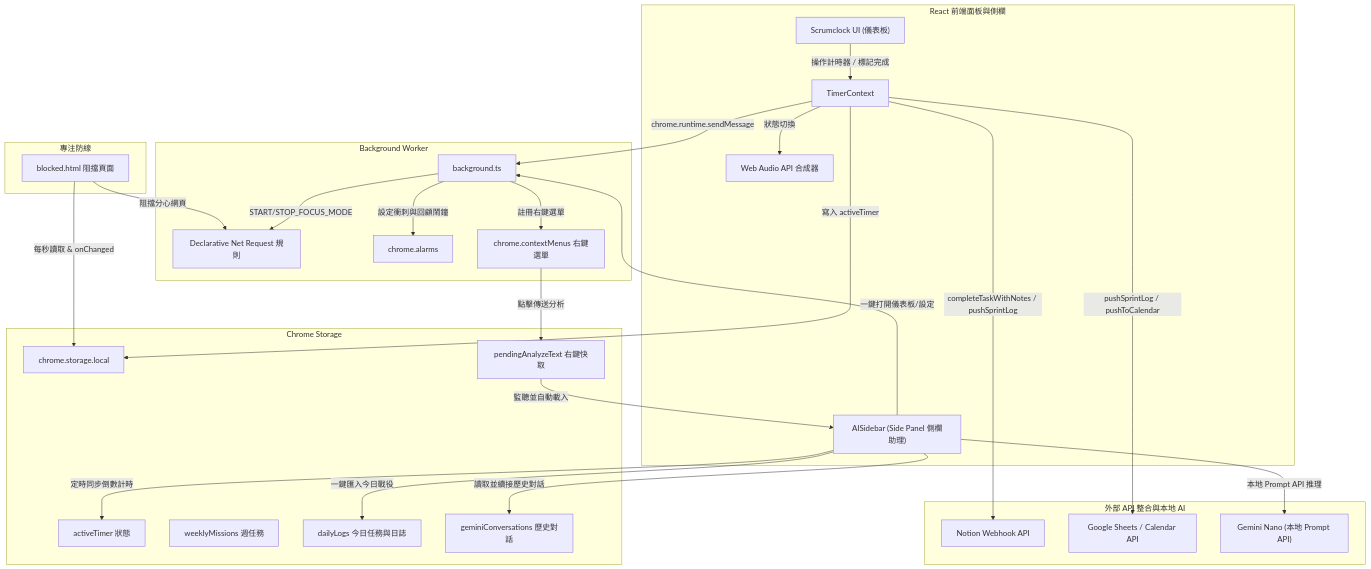
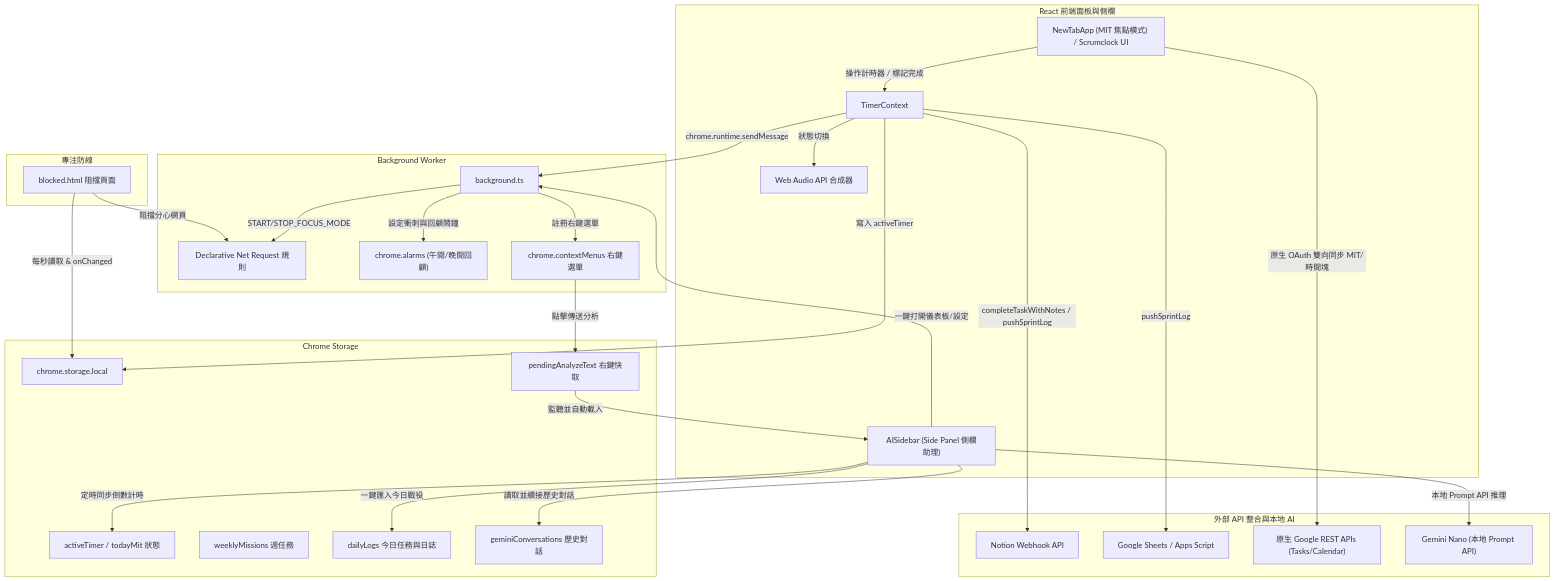
Before and after one commit to lmyBTC/chrome-plus-: the first of 4 diagrams in chrome_scrumclock/docs/workflow-flowchart.md, drawn with Mermaid. The commit also changed other lines of this file and 24 other files, not shown here.

Commit message:
feat: implement Chrome extension scaffolding with task management, daily mission briefing, and Google services integration

````diff
--- a/chrome_scrumclock/docs/workflow-flowchart.md
+++ b/chrome_scrumclock/docs/workflow-flowchart.md
@@ -18,60 +18,62 @@
 ```mermaid
 graph TD
     subgraph Frontend ["React 前端面板與側欄"]
-        UI["Scrumclock UI (儀表板)"]
+        UI["NewTabApp (MIT 焦點模式) / Scrumclock UI"]
         Ctx["TimerContext"]
         Aud["Web Audio API 合成器"]
         SB["AISidebar (Side Panel 側欄助理)"]
     end
 
     subgraph Storage ["Chrome Storage"]
         CS["chrome.storage.local"]
-        AT["activeTimer 狀態"]
+        AT["activeTimer / todayMit 狀態"]
         WM["weeklyMissions 週任務"]
         DL["dailyLogs 今日任務與日誌"]
         GC["geminiConversations 歷史對話"]
         PA["pendingAnalyzeText 右鍵快取"]
     end
 
     subgraph Background ["Background Worker"]
         BG["background.ts"]
         DNR["Declarative Net Request 規則"]
-        AL["chrome.alarms"]
+        AL["chrome.alarms (午間/晚間回顧)"]
         CM["chrome.contextMenus 右鍵選單"]
     end
 
     subgraph Blocks ["專注防線"]
         BP["blocked.html 阻擋頁面"]
     end
 
     subgraph Integrations ["外部 API 整合與本地 AI"]
         Notion["Notion Webhook API"]
-        GAS["Google Sheets / Calendar API"]
+        GAS["Google Sheets / Apps Script"]
+        GAPI["原生 Google REST APIs (Tasks/Calendar)"]
         Nano["Gemini Nano (本地 Prompt API)"]
     end
 
     %% 連線關係
     UI -->|"操作計時器 / 標記完成"| Ctx
     Ctx -->|"寫入 activeTimer"| CS
     Ctx -->|"狀態切換"| Aud
     Ctx -->|"chrome.runtime.sendMessage"| BG
     
     BG -->|"START/STOP_FOCUS_MODE"| DNR
     BG -->|"設定衝刺與回顧鬧鐘"| AL
     BG -->|"註冊右鍵選單"| CM
     
     CM -->|"點擊傳送分析"| PA
     PA -->|"監聽並自動載入"| SB
     
     BP -->|"每秒讀取 & onChanged"| CS
     BP -->|"阻擋分心網頁"| DNR
     
     Ctx -->|"completeTaskWithNotes / pushSprintLog"| Notion
-    Ctx -->|"pushSprintLog / pushToCalendar"| GAS
+    Ctx -->|"pushSprintLog"| GAS
+    UI -->|"原生 OAuth 雙向同步 MIT/時間塊"| GAPI
 
     SB -->|"本地 Prompt API 推理"| Nano
     SB -->|"定時同步倒數計時"| AT
     SB -->|"一鍵匯入今日戰役"| DL
     SB -->|"讀取並續接歷史對話"| GC
     SB -->|"一鍵打開儀表板/設定"| BG
 ```
````
